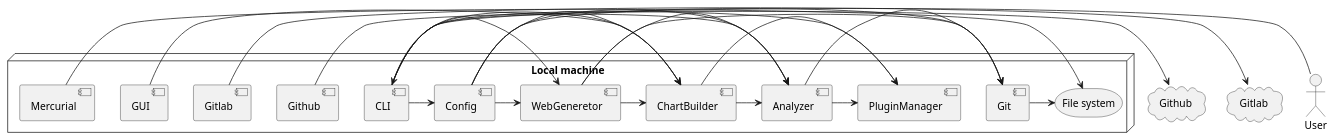
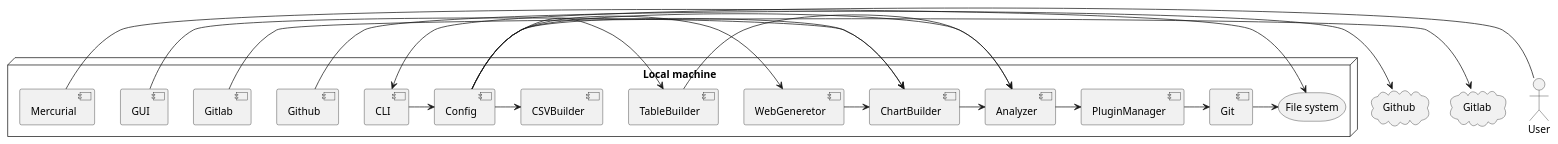
The diagram in docs/architecture.puml (Makepad-fr/visulog), drawn with PlantUML before and after one commit. The commit also changed 1 other file, not shown here.

Commit message:
docs: architecture diagram updated

```diff
--- a/docs/architecture.puml
+++ b/docs/architecture.puml
@@ -1,55 +1,54 @@
 @startuml
 
 
 cloud Github as githubapi
 cloud Gitlab as gitlabapi
 actor User as user
 
 node "Local machine" {
   component Analyzer as analyzer
   component ChartBuilder as chartbuilder
   component CLI as cli
   component Config as config
   component Git as git
   component Github as github
   component Gitlab as gitlab
   component GUI as gui
   component Mercurial as hq
   component PluginManager as pluginmanager
   component WebGeneretor as webgen
+  component TableBuilder as tablebuilder
+  component CSVBuilder as csvbuilder
   storage "File system" as fs
 }
 
-
-analyzer -> git
-analyzer -> pluginmanager
-
-chartbuilder -> analyzer
-chartbuilder -> pluginmanager
-
-cli -> chartbuilder
-cli -> webgen
 cli -> config
-cli -> analyzer
-cli -> pluginmanager
 
 config -> webgen
 config -> chartbuilder
 config -> analyzer
-config -> git
+config -> tablebuilder
+config -> csvbuilder
+
+tablebuilder -> analyzer
+analyzer -> pluginmanager
+
+pluginmanager -> git
+
+chartbuilder -> analyzer
+
+
 
 git -> fs
 
 github -> githubapi
 gitlab -> gitlabapi
 
 gui -> chartbuilder
 
 hq -> fs
 
 webgen -> chartbuilder
-webgen -> analyzer
-webgen -> git
 
 user -> cli
 @enduml
```
